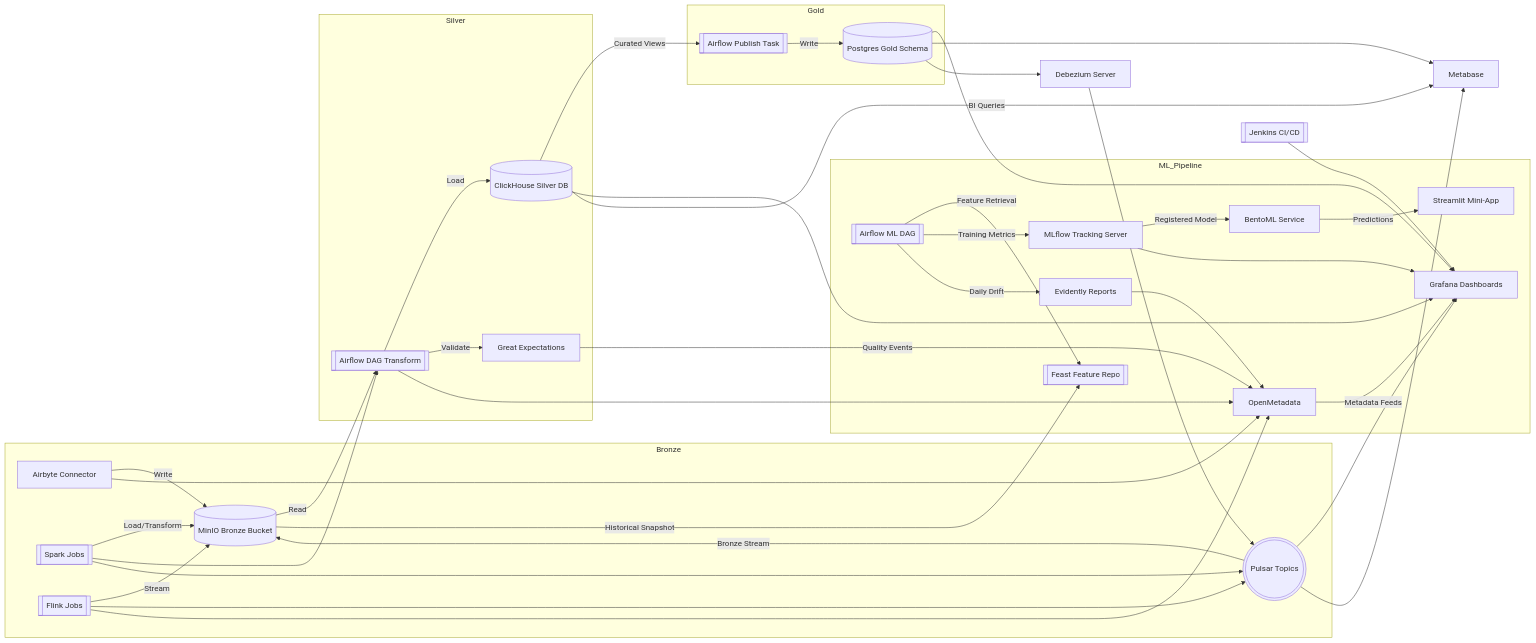
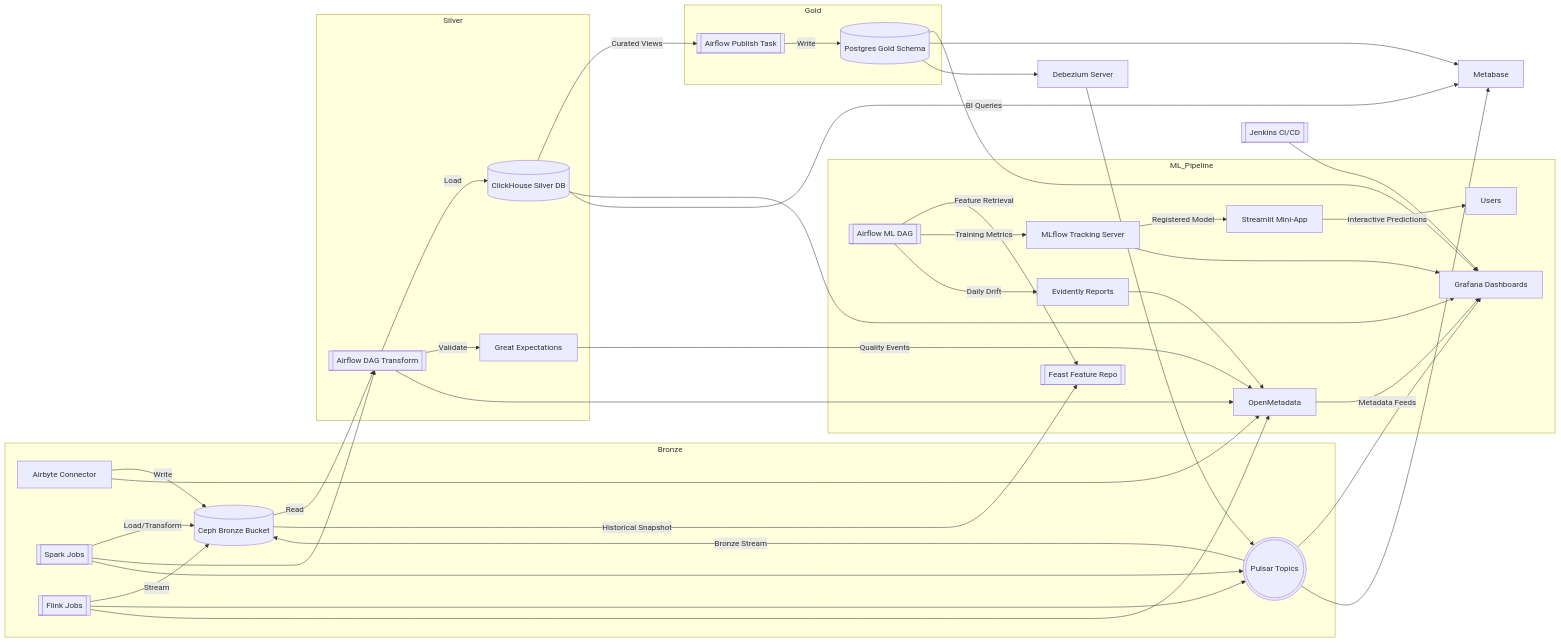
The diagram in docs/architecture.md (aikirias/OneRing), drawn with Mermaid before and after one commit. The commit also changed other lines of this file and 35 other files, not shown here.

````diff
--- a/docs/architecture.md
+++ b/docs/architecture.md
@@ -29,52 +28,52 @@
 ```mermaid
 flowchart LR
     subgraph Bronze
         AB[Airbyte Connector]
-        AB -->|Write| MIO[(MinIO Bronze Bucket)]
-        Spark[[Spark Jobs]] -->|Load/Transform| MIO
-        Flink[[Flink Jobs]] -->|Stream| MIO
-        Pulsar(((Pulsar Topics))) -->|Bronze Stream| MIO
+        AB -->|Write| RGW[(Ceph Bronze Bucket)]
+        Spark[[Spark Jobs]] -->|Load/Transform| RGW
+        Flink[[Flink Jobs]] -->|Stream| RGW
+        Pulsar(((Pulsar Topics))) -->|Bronze Stream| RGW
     end
 
     subgraph Silver
         AF[[Airflow DAG Transform]] -->|Load| CH[(ClickHouse Silver DB)]
-        MIO -->|Read| AF
+        RGW -->|Read| AF
         AF -->|Validate| GE[Great Expectations]
     end
 
     subgraph Gold
         CH -->|Curated Views| AF2[[Airflow Publish Task]]
         AF2 -->|Write| PG[(Postgres Gold Schema)]
     end
 
     GE -->|Quality Events| OM[OpenMetadata]
     AF --> OM
     Spark --> AF
     Spark --> Pulsar
     Flink --> Pulsar
     Flink --> OM
     AB --> OM
 
     OM -->|Metadata Feeds| GF[Grafana Dashboards]
     CH --> GF
     PG --> GF
     CH -->|BI Queries| MB[Metabase]
     PG --> MB
     Pulsar --> GF
     Pulsar --> MB
     PG --> DBZ[Debezium Server]
     DBZ --> Pulsar
     Jenkins[[Jenkins CI/CD]] --> GF
 
     subgraph ML_Pipeline
         FS[[Feast Feature Repo]]
-        MIO -->|Historical Snapshot| FS
+        RGW -->|Historical Snapshot| FS
         AF3[[Airflow ML DAG]] -->|Feature Retrieval| FS
         AF3 -->|Training Metrics| MLW[MLflow Tracking Server]
-        MLW -->|Registered Model| Bento[BentoML Service]
-        Bento -->|Predictions| App[Streamlit Mini-App]
+        MLW -->|Registered Model| App[Streamlit Mini-App]
+        App -->|Interactive Predictions| Users
         AF3 -->|Daily Drift| Evidently[Evidently Reports]
         Evidently --> OM
         MLW --> GF
     end
 ```
````
